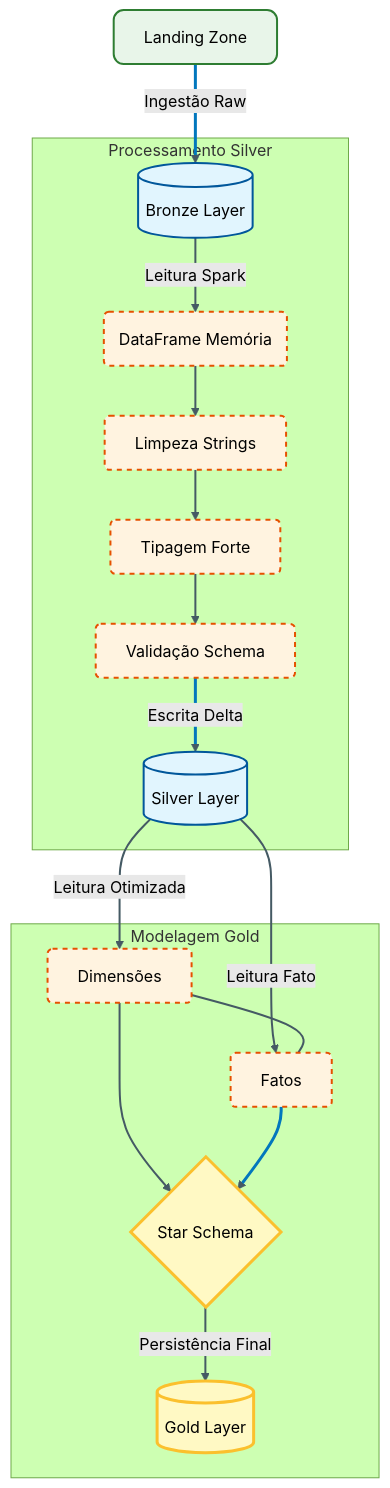
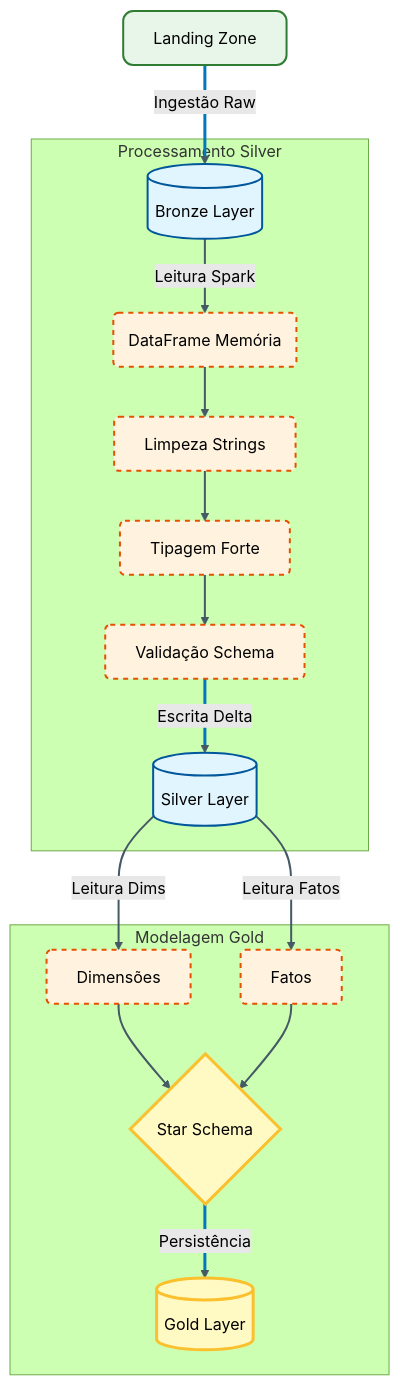
The second of 2 diagrams in docs/manual/04_arquitetura_detalhada.md (devdiasbr/databricks-challenge), drawn with Mermaid (forest theme) before and after one commit.

Commit message:
docs: ajusta layout mermaid para permitir nós paralelos na gold e encurta labels

````diff
--- a/docs/manual/04_arquitetura_detalhada.md
+++ b/docs/manual/04_arquitetura_detalhada.md
@@ -116,32 +116,31 @@
 ```mermaid
 flowchart TD
     %% Definição de Estilos (Classes)
     classDef storage fill:#e1f5fe,stroke:#01579b,stroke-width:2px,rx:5,ry:5;
     classDef process fill:#fff3e0,stroke:#e65100,stroke-width:2px,stroke-dasharray: 5 5,rx:5,ry:5;
     classDef gold fill:#fff9c4,stroke:#fbc02d,stroke-width:3px,rx:10,ry:10;
     classDef start fill:#e8f5e9,stroke:#2e7d32,stroke-width:2px,rx:10,ry:10;
 
     %% Fluxo Principal
     LZ[Landing Zone]:::start -->|Ingestão Raw| BR[(Bronze Layer)]:::storage
     
     subgraph Silver_Stage [Processamento Silver]
         BR -->|Leitura Spark| DF(DataFrame Memória):::process
         DF --> CLEAN[Limpeza Strings]:::process
         CLEAN --> TYPE[Tipagem Forte]:::process
         TYPE --> SCHEMA[Validação Schema]:::process
         SCHEMA -->|Escrita Delta| SL[(Silver Layer)]:::storage
     end
 
     subgraph Gold_Stage [Modelagem Gold]
-        SL -->|Leitura Otimizada| DIMS[Dimensões]:::process
-        SL -->|Leitura Fato| FATO[Fatos]:::process
-        DIMS ~~~ FATO
+        SL -->|Leitura Dims| DIMS[Dimensões]:::process
+        SL -->|Leitura Fatos| FATO[Fatos]:::process
         DIMS --> JOIN{Star Schema}:::gold
         FATO --> JOIN
-        JOIN -->|Persistência Final| GD[(Gold Layer)]:::gold
+        JOIN -->|Persistência| GD[(Gold Layer)]:::gold
     end
 
     %% Estilização das Conexões
     linkStyle default stroke:#455a64,stroke-width:2px;
     linkStyle 0,5,10 stroke:#0277bd,stroke-width:3px;
 ```
````
